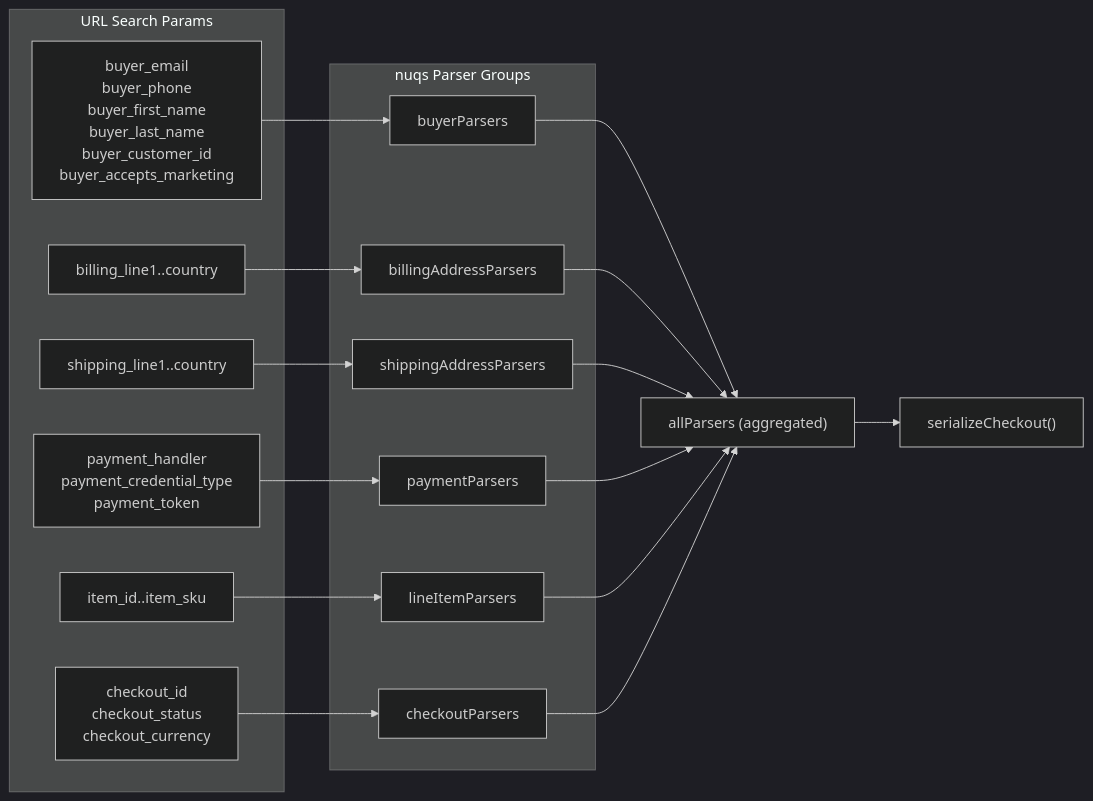
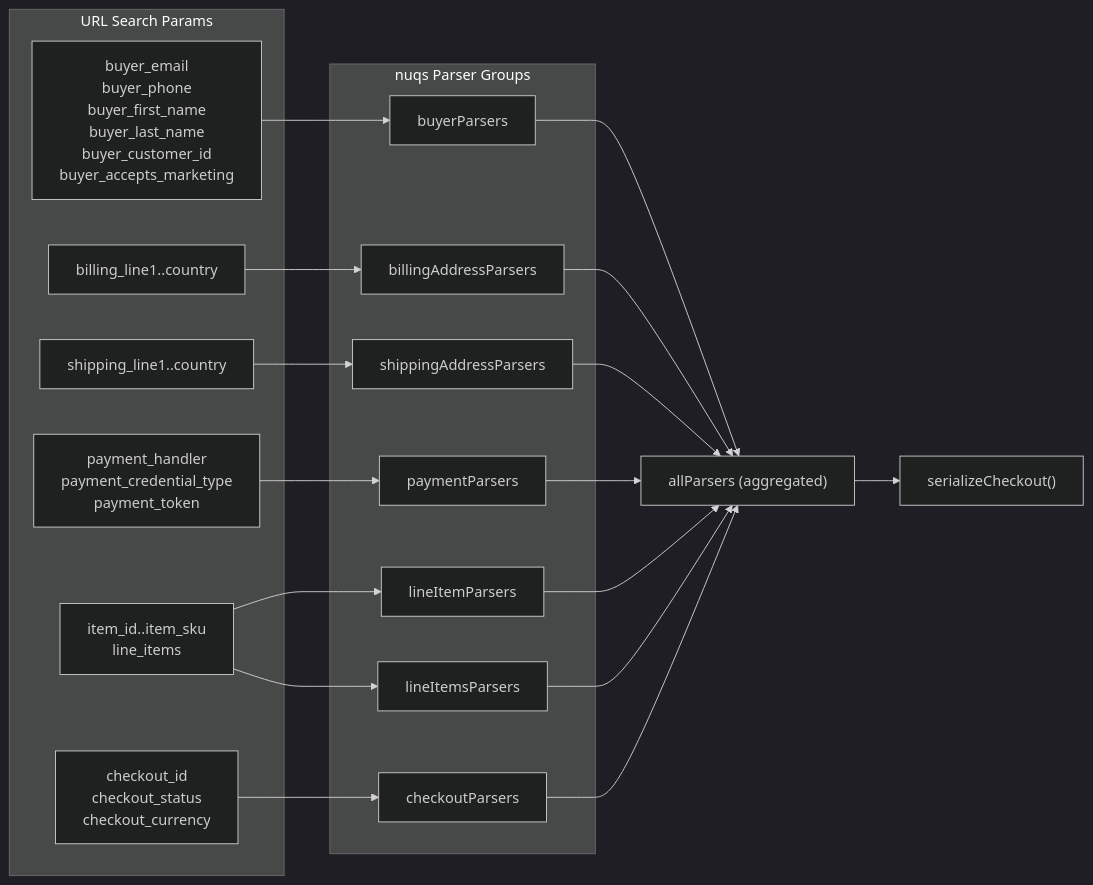
The second of 2 diagrams in docs/entities.md (BarreraSlzr/marketing-ucp), drawn with Mermaid (dark theme) before and after one commit. The commit also changed 2 other files, not shown here.

Commit message:
docs: update entities reference and integrations

````diff
--- a/docs/entities.md
+++ b/docs/entities.md
@@ -111,35 +111,38 @@
 ```mermaid
 graph LR
     subgraph URL["URL Search Params"]
         bp["buyer_email<br/>buyer_phone<br/>buyer_first_name<br/>buyer_last_name<br/>buyer_customer_id<br/>buyer_accepts_marketing"]
         bap["billing_line1..country"]
         sap["shipping_line1..country"]
         pp["payment_handler<br/>payment_credential_type<br/>payment_token"]
-        lip["item_id..item_sku"]
+        lip["item_id..item_sku<br/>line_items"]
         cp["checkout_id<br/>checkout_status<br/>checkout_currency"]
     end
 
     subgraph Parsers["nuqs Parser Groups"]
         buyerP["buyerParsers"]
         billingP["billingAddressParsers"]
         shippingP["shippingAddressParsers"]
         paymentP["paymentParsers"]
         lineItemP["lineItemParsers"]
+        lineItemsP["lineItemsParsers"]
         checkoutP["checkoutParsers"]
     end
 
     bp --> buyerP
     bap --> billingP
     sap --> shippingP
     pp --> paymentP
     lip --> lineItemP
+    lip --> lineItemsP
     cp --> checkoutP
 
     buyerP --> allParsers["allParsers (aggregated)"]
     billingP --> allParsers
     shippingP --> allParsers
     paymentP --> allParsers
     lineItemP --> allParsers
+    lineItemsP --> allParsers
     checkoutP --> allParsers
     allParsers --> serializer["serializeCheckout()"]
 ```
````
